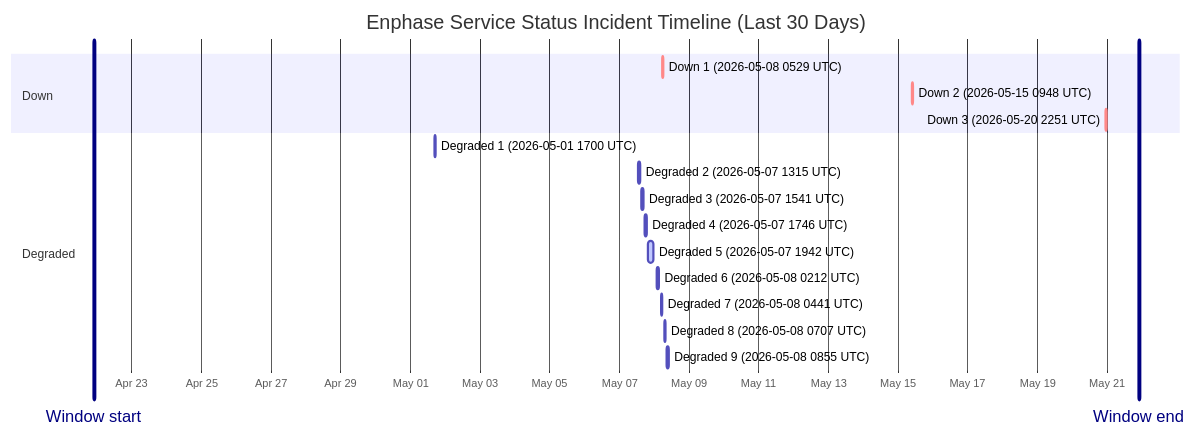
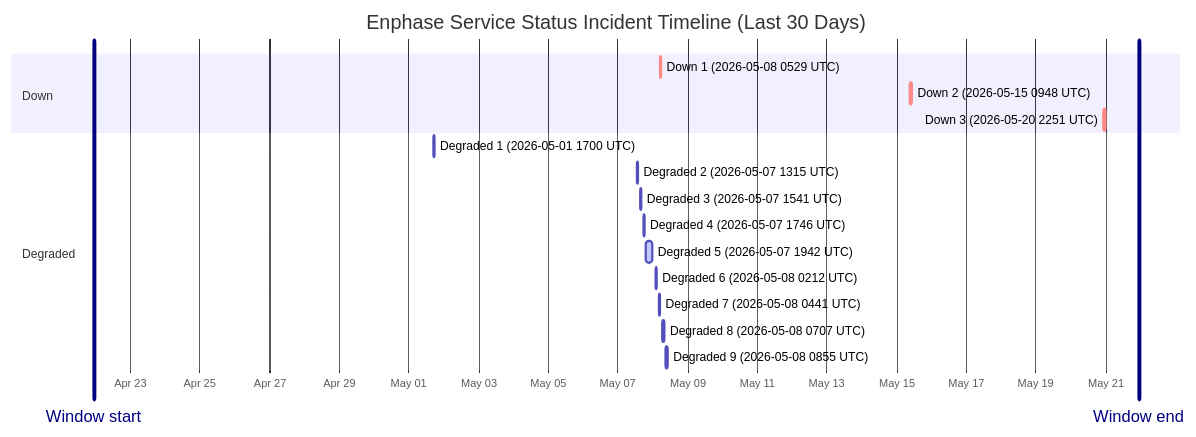
The diagram in wiki/Service-Status-History.md (barneyonline/ha-enphase-ev-charger), drawn with Mermaid before and after one commit. The commit also changed other lines of this file and 3 other files, not shown here.

````diff
--- a/wiki/Service-Status-History.md
+++ b/wiki/Service-Status-History.md
@@ -14,22 +14,22 @@
 ```mermaid
 gantt
     title Enphase Service Status Incident Timeline (Last 30 Days)
     dateFormat  YYYY-MM-DDTHH:mm:ss
     axisFormat  %b %d
-    Window start :vert, window-start, 2026-04-21T21:56:17, 0ms
-    Window end :vert, window-end, 2026-05-21T21:56:17, 0ms
+    Window start :vert, window-start, 2026-04-21T23:04:28, 0ms
+    Window end :vert, window-end, 2026-05-21T23:04:28, 0ms
     section Down
     Down 1 (2026-05-08 0529 UTC) :crit, down-1, 2026-05-08T05:29:47, 60m
     Down 2 (2026-05-15 0948 UTC) :crit, down-2, 2026-05-15T09:48:18, 60m
     Down 3 (2026-05-20 2251 UTC) :crit, down-3, 2026-05-20T22:51:14, 75m
     section Degraded
     Degraded 1 (2026-05-01 1700 UTC) :active, degraded-1, 2026-05-01T17:00:22, 60m
     Degraded 2 (2026-05-07 1315 UTC) :active, degraded-2, 2026-05-07T13:15:25, 60m
     Degraded 3 (2026-05-07 1541 UTC) :active, degraded-3, 2026-05-07T15:41:58, 60m
     Degraded 4 (2026-05-07 1746 UTC) :active, degraded-4, 2026-05-07T17:46:51, 60m
     Degraded 5 (2026-05-07 1942 UTC) :active, degraded-5, 2026-05-07T19:42:10, 249m
     Degraded 6 (2026-05-08 0212 UTC) :active, degraded-6, 2026-05-08T02:12:39, 60m
     Degraded 7 (2026-05-08 0441 UTC) :active, degraded-7, 2026-05-08T04:41:46, 60m
     Degraded 8 (2026-05-08 0707 UTC) :active, degraded-8, 2026-05-08T07:07:30, 60m
     Degraded 9 (2026-05-08 0855 UTC) :active, degraded-9, 2026-05-08T08:55:20, 88m
 ```
````
